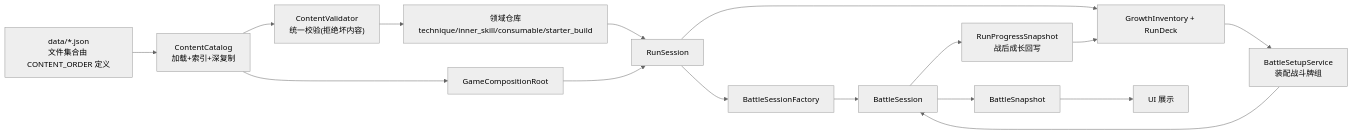
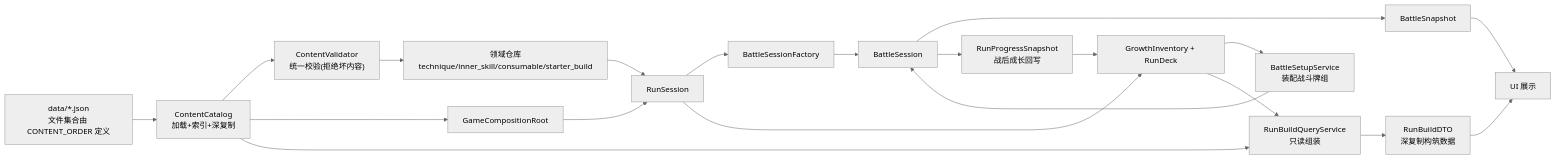
One commit to duguyumei/games changed diagram 11 of 11 in combo_duel_vslice/docs/architecture-diagrams.md. Above: the diagram before and after it, drawn with Mermaid (neutral theme). The commit also changed other lines of this file and 32 other files, not shown here.

````diff
--- a/combo_duel_vslice/docs/architecture-diagrams.md
+++ b/combo_duel_vslice/docs/architecture-diagrams.md
@@ -372,18 +391,22 @@
 ```mermaid
 flowchart LR
     JSON["data/*.json<br>文件集合由 CONTENT_ORDER 定义"] --> CAT["ContentCatalog<br>加载+索引+深复制"]
     CAT --> VAL["ContentValidator<br>统一校验(拒绝坏内容)"]
     VAL --> REPO["领域仓库<br>technique/inner_skill/consumable/starter_build"]
     REPO --> RUNS["RunSession"]
     CAT --> ROOT["GameCompositionRoot"]
     ROOT --> RUNS
     RUNS --> BSF["BattleSessionFactory"]
     BSF --> BS["BattleSession"]
     RUNS --> GROWTH["GrowthInventory + RunDeck"]
     GROWTH --> BSETUP["BattleSetupService<br>装配战斗牌组"]
     BSETUP --> BS
     BS --> SNAP["BattleSnapshot"]
     BS --> PROG["RunProgressSnapshot<br>战后成长回写"]
     PROG --> GROWTH
     SNAP --> UI["UI 展示"]
+    GROWTH --> RBQ["RunBuildQueryService<br>只读组装"]
+    CAT --> RBQ
+    RBQ --> RBDTO["RunBuildDTO<br>深复制构筑数据"]
+    RBDTO --> UI
 ```
````
